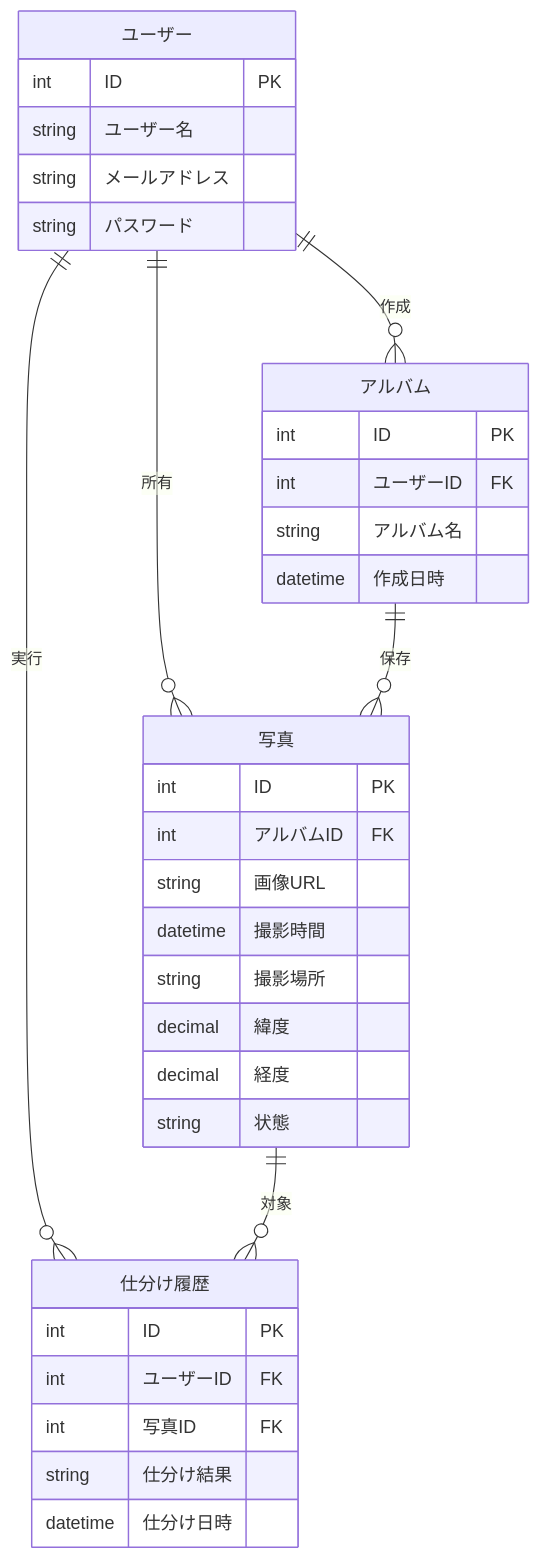
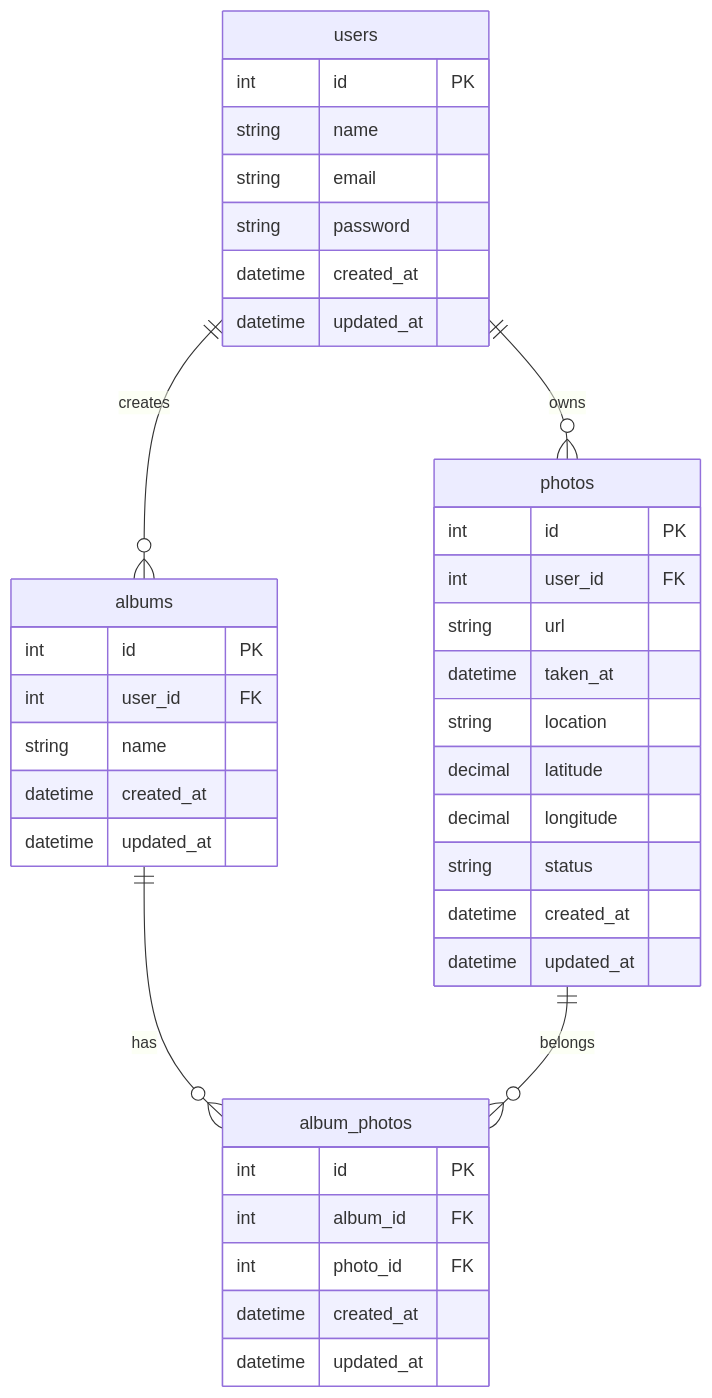
One commit to night1010tya/photo-sorter changed the diagram in er.md. Above: the diagram before and after it, drawn with Mermaid.

Commit message:
er図の修正

````diff
--- a/er.md
+++ b/er.md
@@ -1,42 +1,46 @@
 ```mermaid
 erDiagram
 
-    ユーザー ||--o{ アルバム : 作成
-    ユーザー ||--o{ 写真 : 所有
-    ユーザー ||--o{ 仕分け履歴 : 実行
-    アルバム ||--o{ 写真 : 保存
-    写真 ||--o{ 仕分け履歴 : 対象
+    users ||--o{ albums : creates
+    users ||--o{ photos : owns
+    albums ||--o{ album_photos : has
+    photos ||--o{ album_photos : belongs
 
-    ユーザー {
-        int ID PK
-        string ユーザー名
-        string メールアドレス
-        string パスワード
+    users {
+        int id PK
+        string name
+        string email
+        string password
+        datetime created_at
+        datetime updated_at
     }
 
-    アルバム {
-        int ID PK
-        int ユーザーID FK
-        string アルバム名
-        datetime 作成日時
+    albums {
+        int id PK
+        int user_id FK
+        string name
+        datetime created_at
+        datetime updated_at
     }
 
-    写真 {
-        int ID PK
-        int アルバムID FK
-        string 画像URL
-        datetime 撮影時間
-        string 撮影場所
-        decimal 緯度
-        decimal 経度
-        string 状態
+    photos {
+        int id PK
+        int user_id FK
+        string url
+        datetime taken_at
+        string location
+        decimal latitude
+        decimal longitude
+        string status
+        datetime created_at
+        datetime updated_at
     }
 
-    仕分け履歴 {
-        int ID PK
-        int ユーザーID FK
-        int 写真ID FK
-        string 仕分け結果
-        datetime 仕分け日時
+    album_photos {
+        int id PK
+        int album_id FK
+        int photo_id FK
+        datetime created_at
+        datetime updated_at
     }
 ```
````
